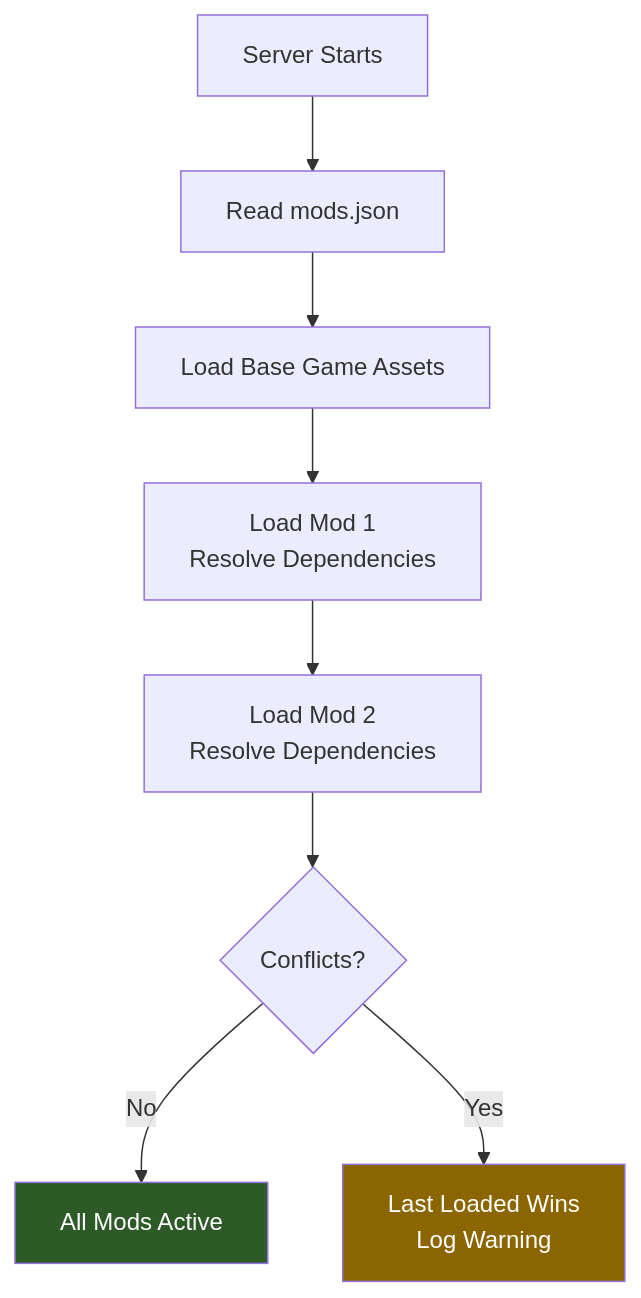
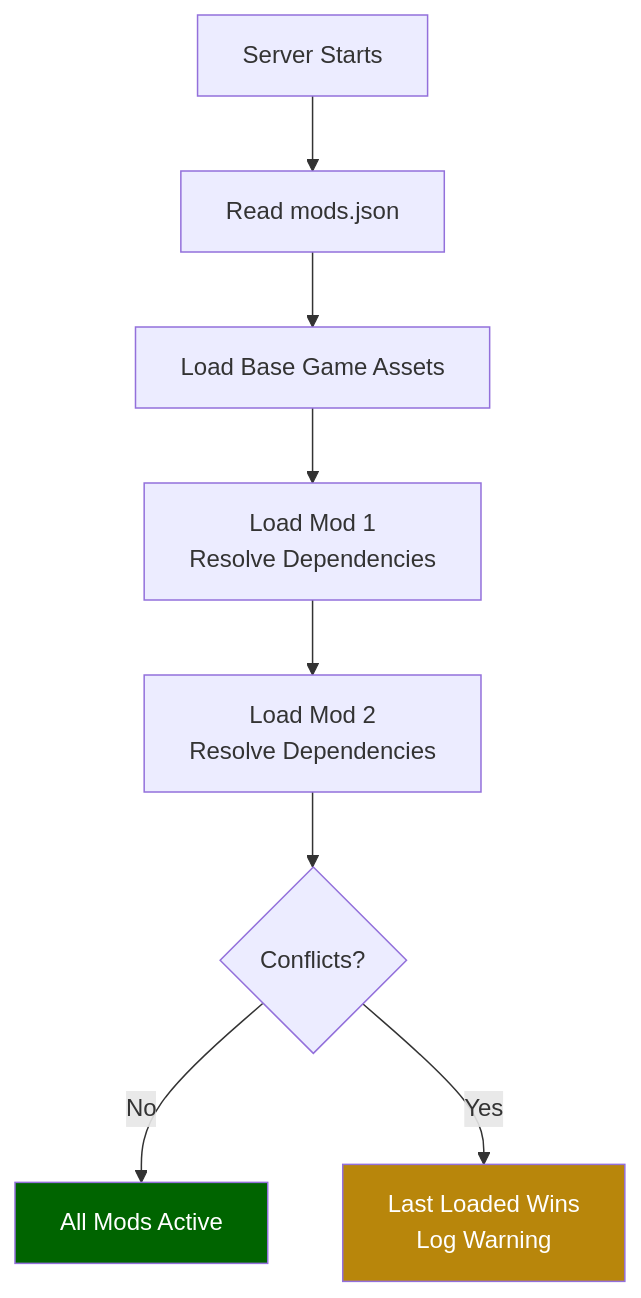
Before and after one commit to nevesb/hytale-modding-docs: the second of 2 diagrams in src/content/docs/tutorials/advanced/mod-packaging.md, drawn with Mermaid. The commit also changed other lines of this file and 34 other files, not shown here.

````diff
--- a/src/content/docs/tutorials/advanced/mod-packaging.md
+++ b/src/content/docs/tutorials/advanced/mod-packaging.md
@@ -173,13 +173,13 @@
 ```mermaid
-flowchart TD
+flowchart TD;
     A[Server Starts] --> B[Read mods.json]
     B --> C[Load Base Game Assets]
-    C --> D["Load Mod 1<br/>Resolve Dependencies"]
-    D --> E["Load Mod 2<br/>Resolve Dependencies"]
+    C --> D["Load Mod 1<br>Resolve Dependencies"]
+    D --> E["Load Mod 2<br>Resolve Dependencies"]
     E --> F{Conflicts?}
     F -->|"No"| G[All Mods Active]
-    F -->|"Yes"| H["Last Loaded Wins<br/>Log Warning"]
+    F -->|"Yes"| H["Last Loaded Wins<br>Log Warning"]
 
-    style G fill:#2d5a27,color:#fff
-    style H fill:#8b6500,color:#fff
+    style G fill:darkgreen,color:white
+    style H fill:darkgoldenrod,color:white
 ```
````
